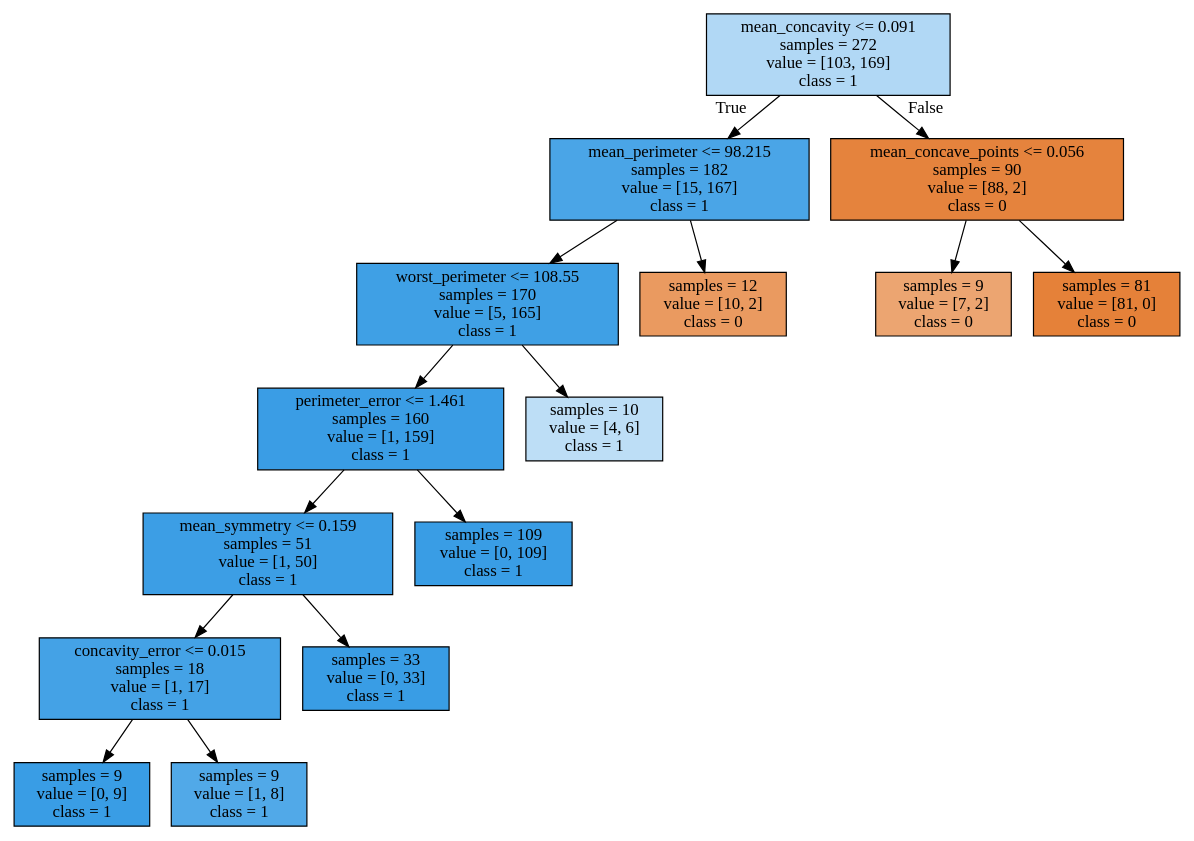
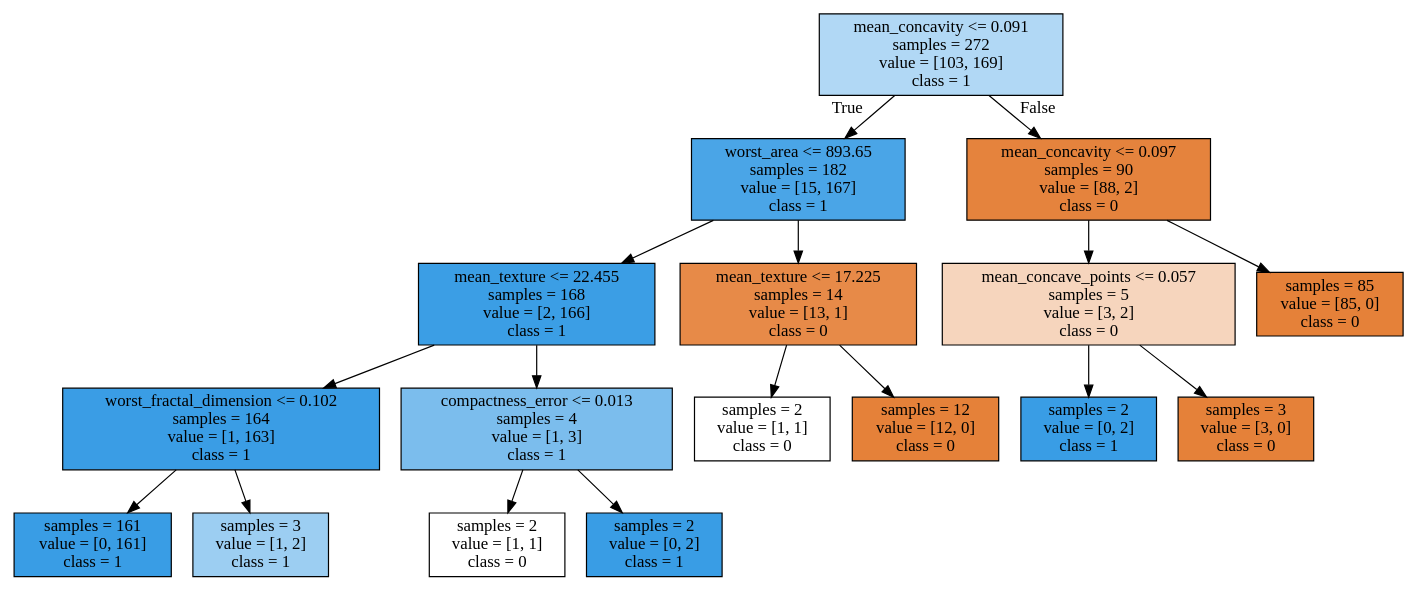
One commit to LEE010/Posco-Ai-Bigdata changed the diagram in task/week4/clf.dot. Above: the diagram before and after it, drawn with Graphviz. The commit also changed 12 other files, not shown here.

```diff
--- a/task/week4/clf.dot
+++ b/task/week4/clf.dot
@@ -1,32 +1,36 @@
 digraph Tree {
 node [shape=box, style="filled", color="black"] ;
 0 [label="mean_concavity <= 0.091\nsamples = 272\nvalue = [103, 169]\nclass = 1", fillcolor="#399de564"] ;
-1 [label="mean_perimeter <= 98.215\nsamples = 182\nvalue = [15, 167]\nclass = 1", fillcolor="#399de5e8"] ;
+1 [label="worst_area <= 893.65\nsamples = 182\nvalue = [15, 167]\nclass = 1", fillcolor="#399de5e8"] ;
 0 -> 1 [labeldistance=2.5, labelangle=45, headlabel="True"] ;
-2 [label="worst_perimeter <= 108.55\nsamples = 170\nvalue = [5, 165]\nclass = 1", fillcolor="#399de5f7"] ;
+2 [label="mean_texture <= 22.455\nsamples = 168\nvalue = [2, 166]\nclass = 1", fillcolor="#399de5fc"] ;
 1 -> 2 ;
-3 [label="perimeter_error <= 1.461\nsamples = 160\nvalue = [1, 159]\nclass = 1", fillcolor="#399de5fd"] ;
+3 [label="worst_fractal_dimension <= 0.102\nsamples = 164\nvalue = [1, 163]\nclass = 1", fillcolor="#399de5fd"] ;
 2 -> 3 ;
-4 [label="mean_symmetry <= 0.159\nsamples = 51\nvalue = [1, 50]\nclass = 1", fillcolor="#399de5fa"] ;
+4 [label="samples = 161\nvalue = [0, 161]\nclass = 1", fillcolor="#399de5ff"] ;
 3 -> 4 ;
-5 [label="concavity_error <= 0.015\nsamples = 18\nvalue = [1, 17]\nclass = 1", fillcolor="#399de5f0"] ;
-4 -> 5 ;
-6 [label="samples = 9\nvalue = [0, 9]\nclass = 1", fillcolor="#399de5ff"] ;
-5 -> 6 ;
-7 [label="samples = 9\nvalue = [1, 8]\nclass = 1", fillcolor="#399de5df"] ;
-5 -> 7 ;
-8 [label="samples = 33\nvalue = [0, 33]\nclass = 1", fillcolor="#399de5ff"] ;
-4 -> 8 ;
-9 [label="samples = 109\nvalue = [0, 109]\nclass = 1", fillcolor="#399de5ff"] ;
-3 -> 9 ;
-10 [label="samples = 10\nvalue = [4, 6]\nclass = 1", fillcolor="#399de555"] ;
-2 -> 10 ;
-11 [label="samples = 12\nvalue = [10, 2]\nclass = 0", fillcolor="#e58139cc"] ;
-1 -> 11 ;
-12 [label="mean_concave_points <= 0.056\nsamples = 90\nvalue = [88, 2]\nclass = 0", fillcolor="#e58139f9"] ;
+5 [label="samples = 3\nvalue = [1, 2]\nclass = 1", fillcolor="#399de57f"] ;
+3 -> 5 ;
+6 [label="compactness_error <= 0.013\nsamples = 4\nvalue = [1, 3]\nclass = 1", fillcolor="#399de5aa"] ;
+2 -> 6 ;
+7 [label="samples = 2\nvalue = [1, 1]\nclass = 0", fillcolor="#e5813900"] ;
+6 -> 7 ;
+8 [label="samples = 2\nvalue = [0, 2]\nclass = 1", fillcolor="#399de5ff"] ;
+6 -> 8 ;
+9 [label="mean_texture <= 17.225\nsamples = 14\nvalue = [13, 1]\nclass = 0", fillcolor="#e58139eb"] ;
+1 -> 9 ;
+10 [label="samples = 2\nvalue = [1, 1]\nclass = 0", fillcolor="#e5813900"] ;
+9 -> 10 ;
+11 [label="samples = 12\nvalue = [12, 0]\nclass = 0", fillcolor="#e58139ff"] ;
+9 -> 11 ;
+12 [label="mean_concavity <= 0.097\nsamples = 90\nvalue = [88, 2]\nclass = 0", fillcolor="#e58139f9"] ;
 0 -> 12 [labeldistance=2.5, labelangle=-45, headlabel="False"] ;
-13 [label="samples = 9\nvalue = [7, 2]\nclass = 0", fillcolor="#e58139b6"] ;
+13 [label="mean_concave_points <= 0.057\nsamples = 5\nvalue = [3, 2]\nclass = 0", fillcolor="#e5813955"] ;
 12 -> 13 ;
-14 [label="samples = 81\nvalue = [81, 0]\nclass = 0", fillcolor="#e58139ff"] ;
-12 -> 14 ;
+14 [label="samples = 2\nvalue = [0, 2]\nclass = 1", fillcolor="#399de5ff"] ;
+13 -> 14 ;
+15 [label="samples = 3\nvalue = [3, 0]\nclass = 0", fillcolor="#e58139ff"] ;
+13 -> 15 ;
+16 [label="samples = 85\nvalue = [85, 0]\nclass = 0", fillcolor="#e58139ff"] ;
+12 -> 16 ;
 }
```
